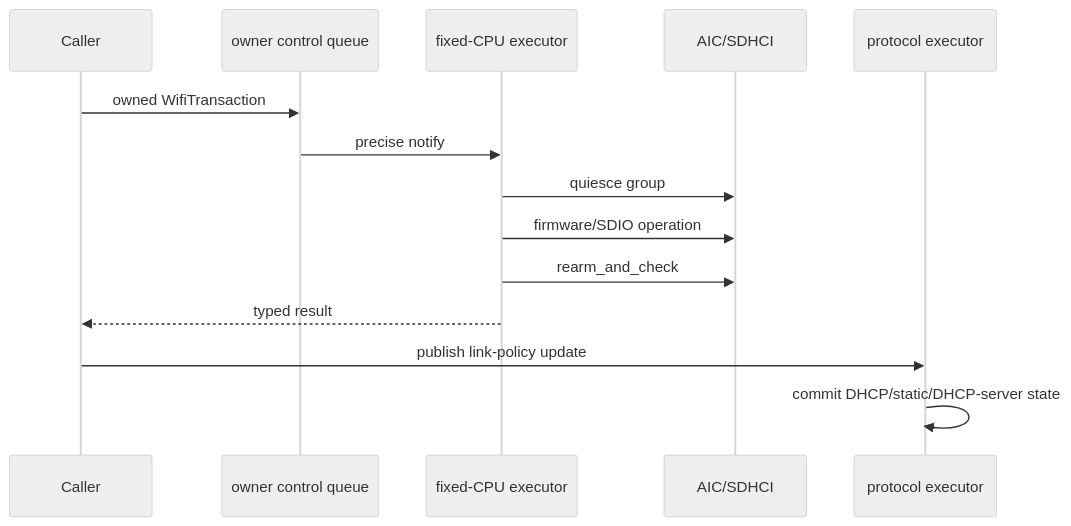
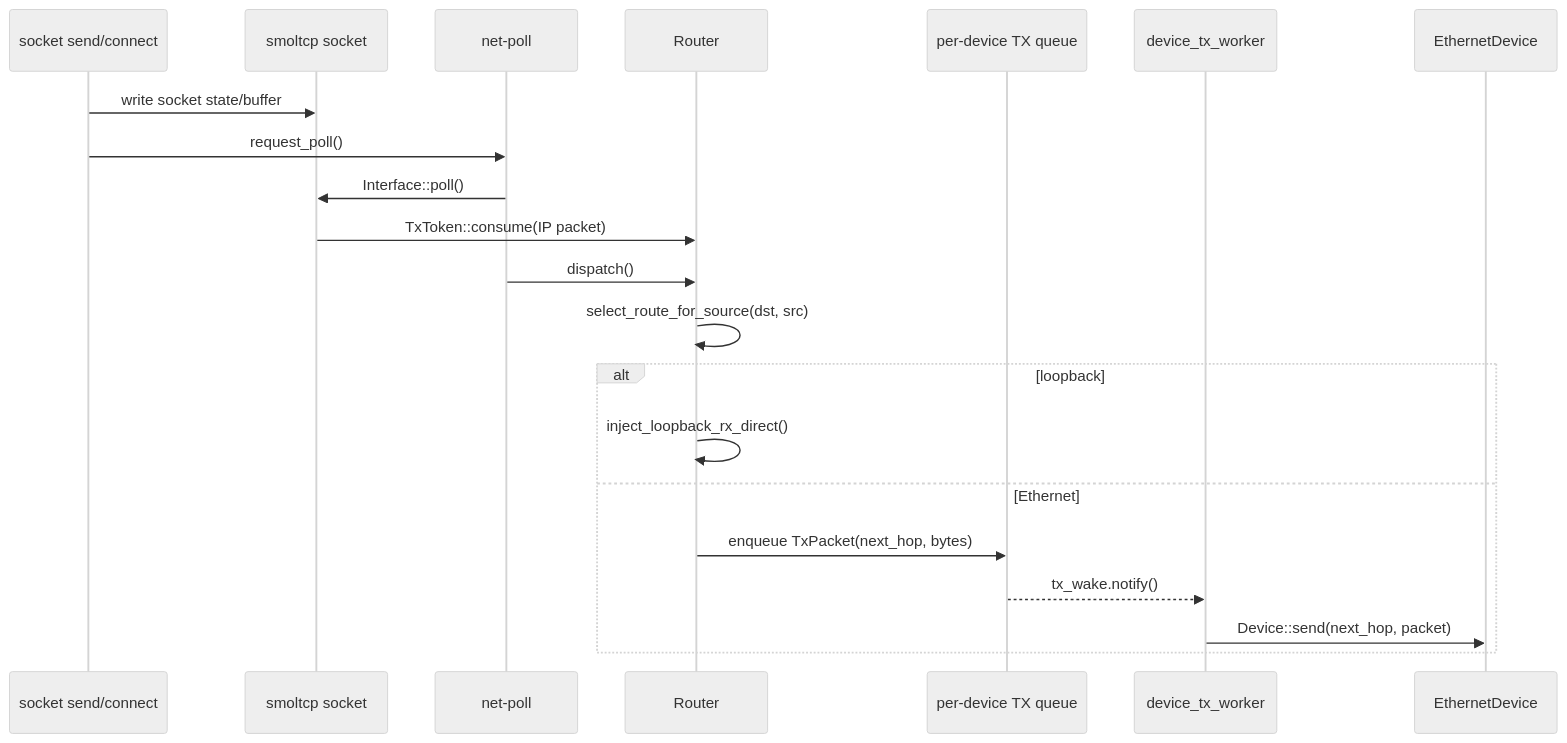
One commit to Dirinkbottle/tgoskits changed the fourth of 4 diagrams in docs/docs/architecture/net/flows.md. Above: the diagram before and after it, drawn with Mermaid (neutral theme). The commit also changed other lines of this file and 3840 other files, not shown here.

````diff
--- a/docs/docs/architecture/net/flows.md
+++ b/docs/docs/architecture/net/flows.md
@@ -200,17 +289,24 @@
 ```mermaid
 sequenceDiagram
-    participant Caller
-    participant CQ as owner control queue
-    participant QE as fixed-CPU executor
-    participant HW as AIC/SDHCI
-    participant PE as protocol executor
+    participant App as socket send/connect
+    participant Smol as smoltcp socket
+    participant Poll as net-poll
+    participant Router as Router
+    participant TxQ as per-device TX queue
+    participant TxW as device_tx_worker
+    participant Dev as EthernetDevice
 
-    Caller->>CQ: owned WifiTransaction
-    CQ->>QE: precise notify
-    QE->>HW: quiesce group
-    QE->>HW: firmware/SDIO operation
-    QE->>HW: rearm_and_check
-    QE-->>Caller: typed result
-    Caller->>PE: publish link-policy update
-    PE->>PE: commit DHCP/static/DHCP-server state
+    App->>Smol: write socket state/buffer
+    App->>Poll: request_poll()
+    Poll->>Smol: Interface::poll()
+    Smol->>Router: TxToken::consume(IP packet)
+    Poll->>Router: dispatch()
+    Router->>Router: select_route_for_source(dst, src)
+    alt loopback
+        Router->>Router: inject_loopback_rx_direct()
+    else Ethernet
+        Router->>TxQ: enqueue TxPacket(next_hop, bytes)
+        TxQ-->>TxW: tx_wake.notify()
+        TxW->>Dev: Device::send(next_hop, packet)
+    end
 ```
````
